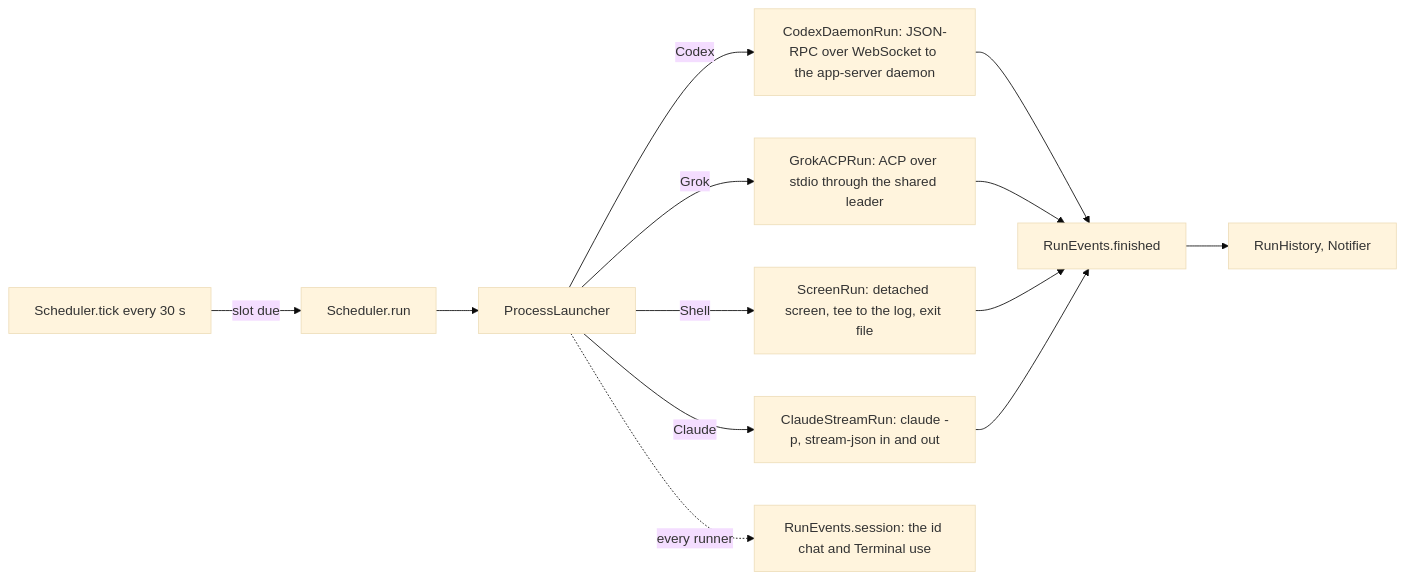
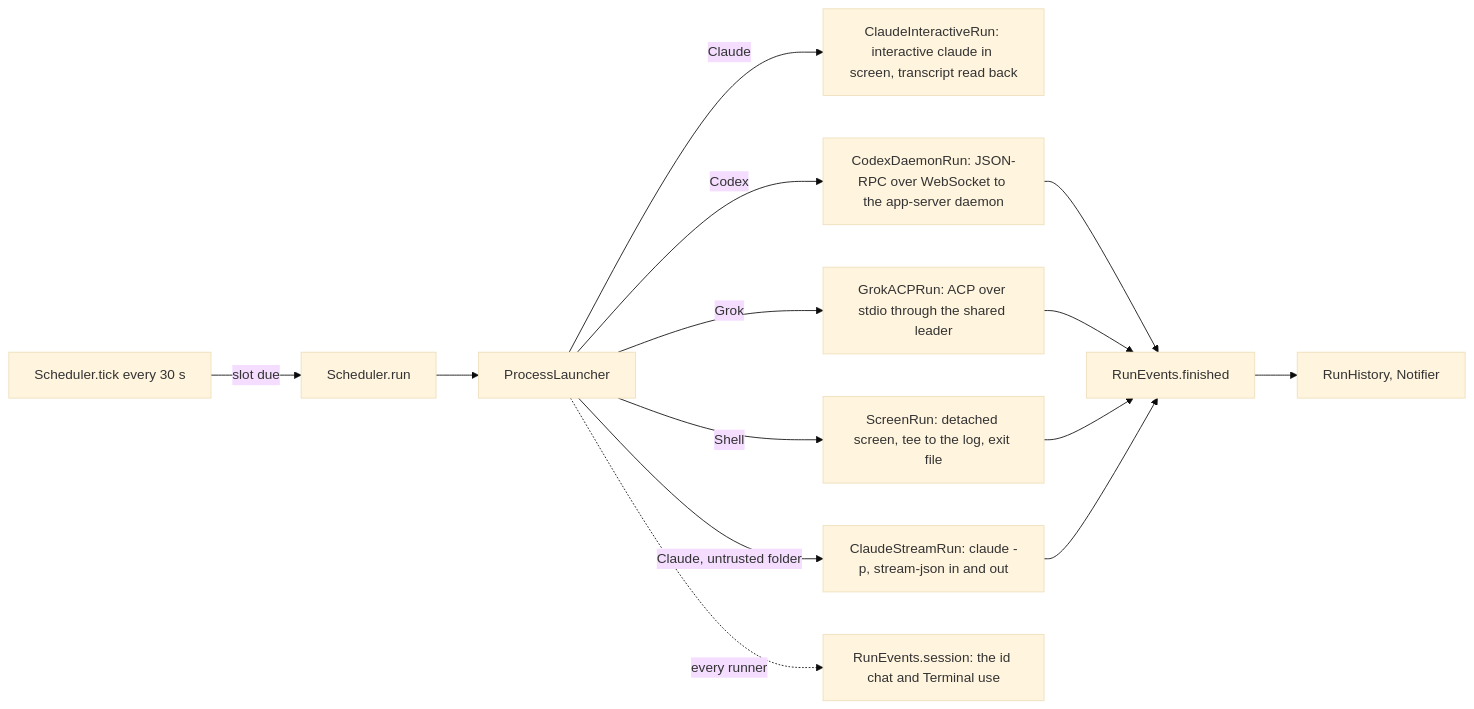
The diagram in docs/architecture.md (wiltodelta/rota), drawn with Mermaid (base theme) before and after one commit. The commit also changed other lines of this file and 55 other files, not shown here.

First line of the commit message:
Interactive Claude runs, resilient runs, a chat-style session view

````diff
--- a/docs/architecture.md
+++ b/docs/architecture.md
@@ -3,15 +3,16 @@
 ```mermaid
 flowchart LR
     Tick[Scheduler.tick every 30 s] -->|slot due| Run[Scheduler.run]
     Run --> Launcher[ProcessLauncher]
-    Launcher -->|Claude| ClaudeRun[ClaudeStreamRun: claude -p, stream-json in and out]
+    Launcher -->|Claude| ClaudeTUI[ClaudeInteractiveRun: interactive claude in screen, transcript read back]
+    Launcher -->|Claude, untrusted folder| ClaudeRun[ClaudeStreamRun: claude -p, stream-json in and out]
     Launcher -->|Codex| CodexRun[CodexDaemonRun: JSON-RPC over WebSocket to the app-server daemon]
     Launcher -->|Grok| GrokRun[GrokACPRun: ACP over stdio through the shared leader]
     Launcher -->|Shell| ScreenRun[ScreenRun: detached screen, tee to the log, exit file]
     CodexRun --> Finish[RunEvents.finished]
     GrokRun --> Finish
     ScreenRun --> Finish
     ClaudeRun --> Finish
     Launcher -.->|every runner| Session[RunEvents.session: the id chat and Terminal use]
     Finish --> History[RunHistory, Notifier]
 ```
````
